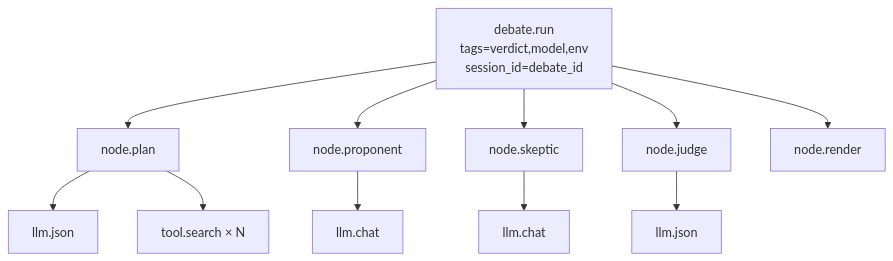
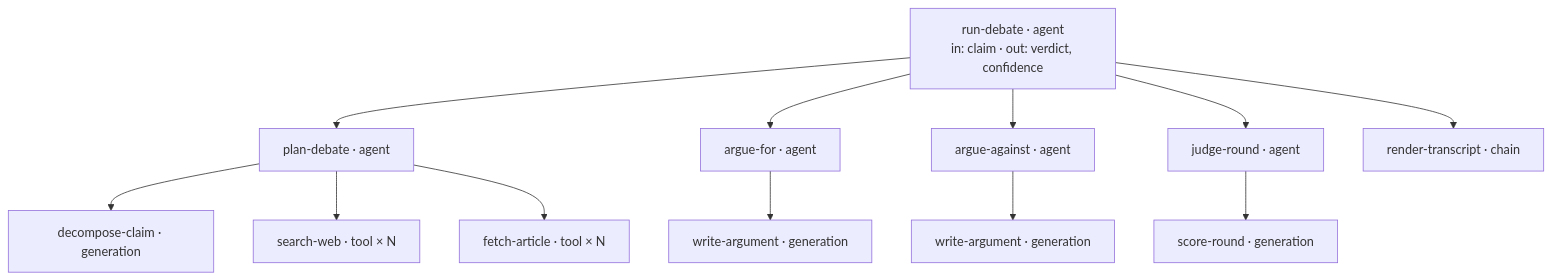
The third of 3 diagrams in README.md (Abdul-Muizz1310/paper-trail-backend), drawn with Mermaid before and after one commit. The commit also changed other lines of this file and 5 other files, not shown here.

First line of the commit message:
docs: describe the Langfuse v4 debate trace

````diff
--- a/README.md
+++ b/README.md
@@ -196,14 +197,15 @@
 ```mermaid
 flowchart TD
-    Trace[debate.run<br/>tags=verdict,model,env<br/>session_id=debate_id]
-    Trace --> NPlan[node.plan]
-    Trace --> NPro[node.proponent]
-    Trace --> NSke[node.skeptic]
-    Trace --> NJud[node.judge]
-    Trace --> NRen[node.render]
-    NPlan --> LPlan[llm.json]
-    NPlan --> TSearch[tool.search × N]
-    NPro --> LPro[llm.chat]
-    NSke --> LSke[llm.chat]
-    NJud --> LJud[llm.json]
+    Trace["run-debate · agent<br/>in: claim · out: verdict, confidence"]
+    Trace --> NPlan["plan-debate · agent"]
+    Trace --> NPro["argue-for · agent"]
+    Trace --> NSke["argue-against · agent"]
+    Trace --> NJud["judge-round · agent"]
+    Trace --> NRen["render-transcript · chain"]
+    NPlan --> LPlan["decompose-claim · generation"]
+    NPlan --> TSearch["search-web · tool × N"]
+    NPlan --> TFetch["fetch-article · tool × N"]
+    NPro --> LPro["write-argument · generation"]
+    NSke --> LSke["write-argument · generation"]
+    NJud --> LJud["score-round · generation"]
 ```
````
